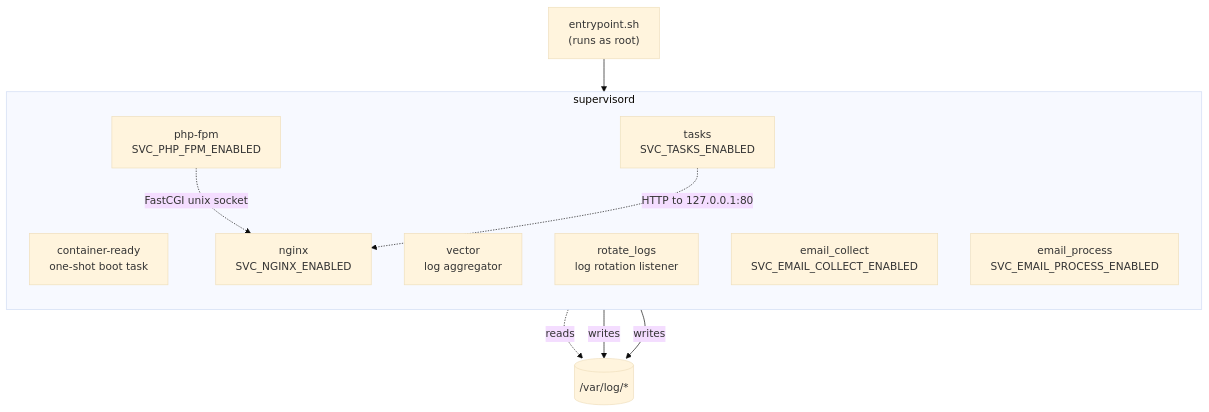
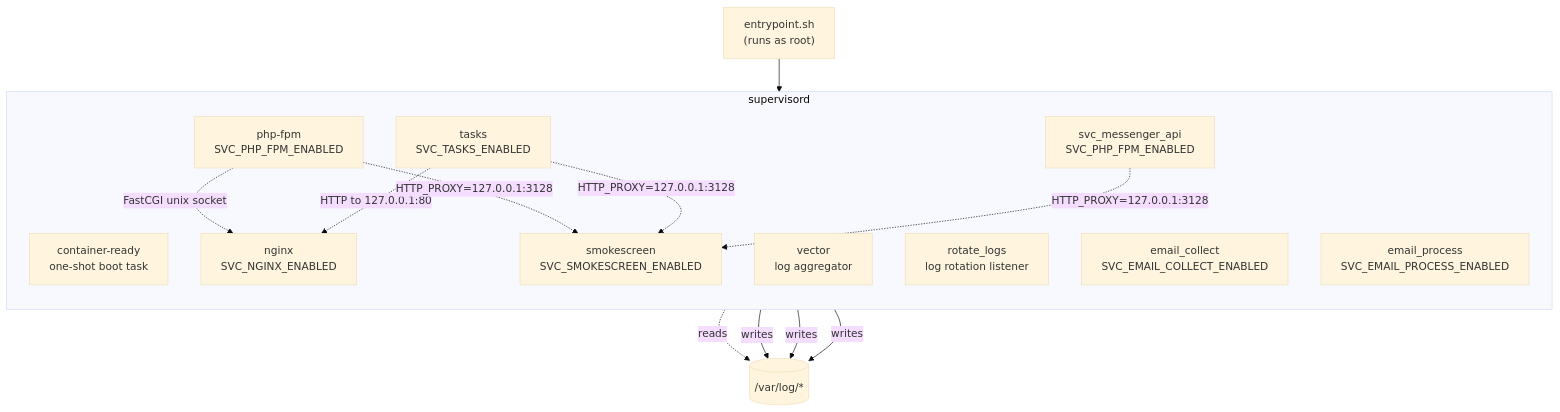
One commit to deskpro/docker-product-base changed the diagram in docs/explanation/architecture.md. Above: the diagram before and after it, drawn with Mermaid (base theme). The commit also changed other lines of this file and 38 other files, not shown here.

First line of the commit message:
feat: add smokescreen egress forward proxy to the base image (#115)

````diff
--- a/docs/explanation/architecture.md
+++ b/docs/explanation/architecture.md
@@ -33,23 +34,29 @@
 ```mermaid
 flowchart TB
     entrypoint["entrypoint.sh<br/>(runs as root)"]
     entrypoint --> supervisord
 
     subgraph supervisord [supervisord]
         direction TB
         cr[container-ready<br/>one-shot boot task]
         vector_svc[vector<br/>log aggregator]
         rotate[rotate_logs<br/>log rotation listener]
         nginx_svc[nginx<br/>SVC_NGINX_ENABLED]
         fpm[php-fpm<br/>SVC_PHP_FPM_ENABLED]
         tasks[tasks<br/>SVC_TASKS_ENABLED]
         ec[email_collect<br/>SVC_EMAIL_COLLECT_ENABLED]
         ep[email_process<br/>SVC_EMAIL_PROCESS_ENABLED]
+        msg[svc_messenger_api<br/>SVC_PHP_FPM_ENABLED]
+        smoke[smokescreen<br/>SVC_SMOKESCREEN_ENABLED]
     end
 
     fpm -.->|FastCGI unix socket| nginx_svc
     tasks -.->|HTTP to 127.0.0.1:80| nginx_svc
+    fpm -.->|HTTP_PROXY=127.0.0.1:3128| smoke
+    tasks -.->|HTTP_PROXY=127.0.0.1:3128| smoke
+    msg -.->|HTTP_PROXY=127.0.0.1:3128| smoke
     vector_svc -.->|reads| logs[("/var/log/*")]
     nginx_svc -->|writes| logs
     fpm -->|writes| logs
+    smoke -->|writes| logs
 ```
````
